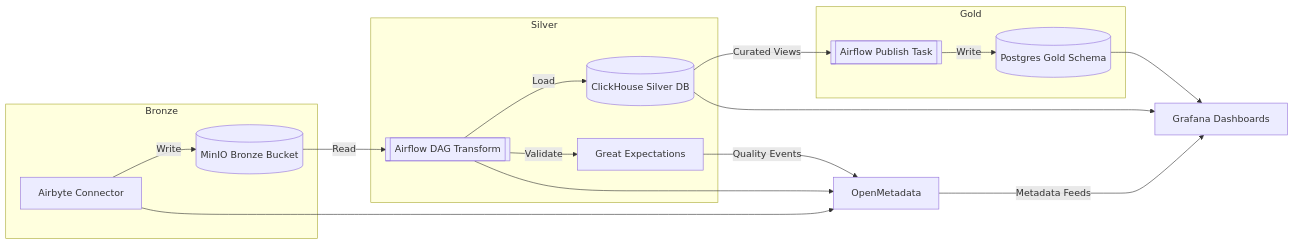
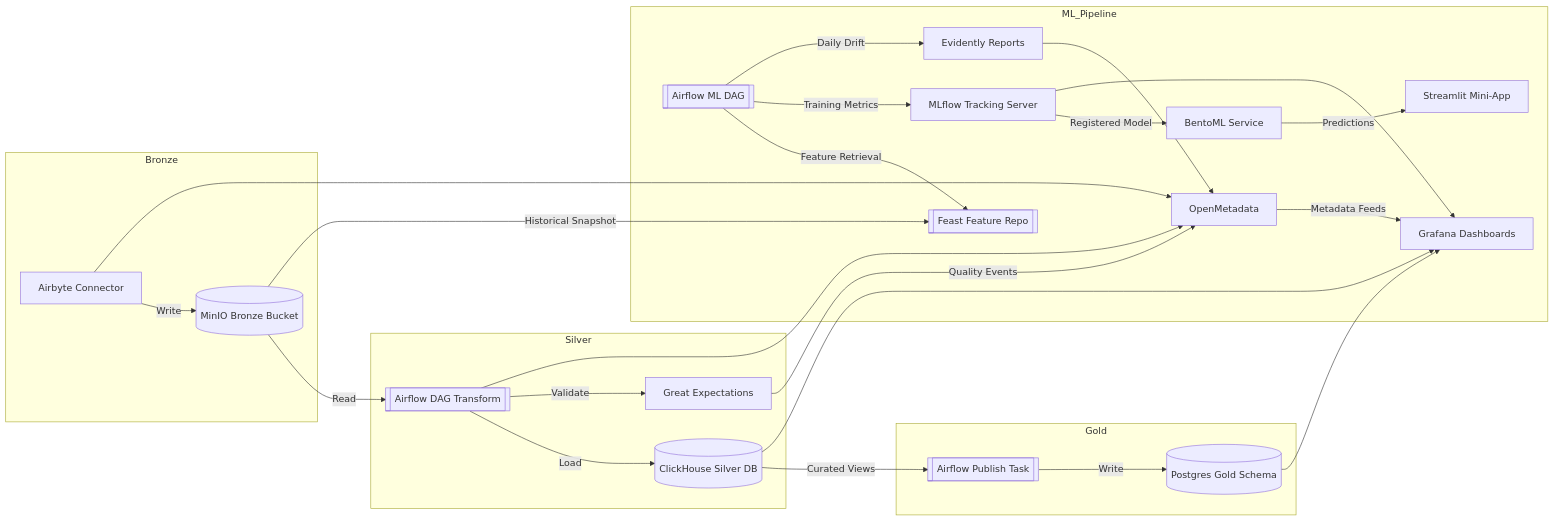
Before and after one commit to aikirias/OneRing: the diagram in docs/architecture.md, drawn with Mermaid. The commit also changed other lines of this file and 24 other files, not shown here.

````diff
--- a/docs/architecture.md
+++ b/docs/architecture.md
@@ -17,26 +22,38 @@
 ```mermaid
 flowchart LR
     subgraph Bronze
         AB[Airbyte Connector]
         AB -->|Write| MIO[(MinIO Bronze Bucket)]
     end
 
     subgraph Silver
         AF[[Airflow DAG Transform]] -->|Load| CH[(ClickHouse Silver DB)]
         MIO -->|Read| AF
         AF -->|Validate| GE[Great Expectations]
     end
 
     subgraph Gold
         CH -->|Curated Views| AF2[[Airflow Publish Task]]
         AF2 -->|Write| PG[(Postgres Gold Schema)]
     end
 
     GE -->|Quality Events| OM[OpenMetadata]
     AF --> OM
     AB --> OM
 
     OM -->|Metadata Feeds| GF[Grafana Dashboards]
     CH --> GF
     PG --> GF
+
+    subgraph ML_Pipeline
+        FS[[Feast Feature Repo]]
+        MIO -->|Historical Snapshot| FS
+        AF3[[Airflow ML DAG]] -->|Feature Retrieval| FS
+        AF3 -->|Training Metrics| MLW[MLflow Tracking Server]
+        MLW -->|Registered Model| Bento[BentoML Service]
+        Bento -->|Predictions| App[Streamlit Mini-App]
+        AF3 -->|Daily Drift| Evidently[Evidently Reports]
+        Evidently --> OM
+        MLW --> GF
+    end
 ```
````
